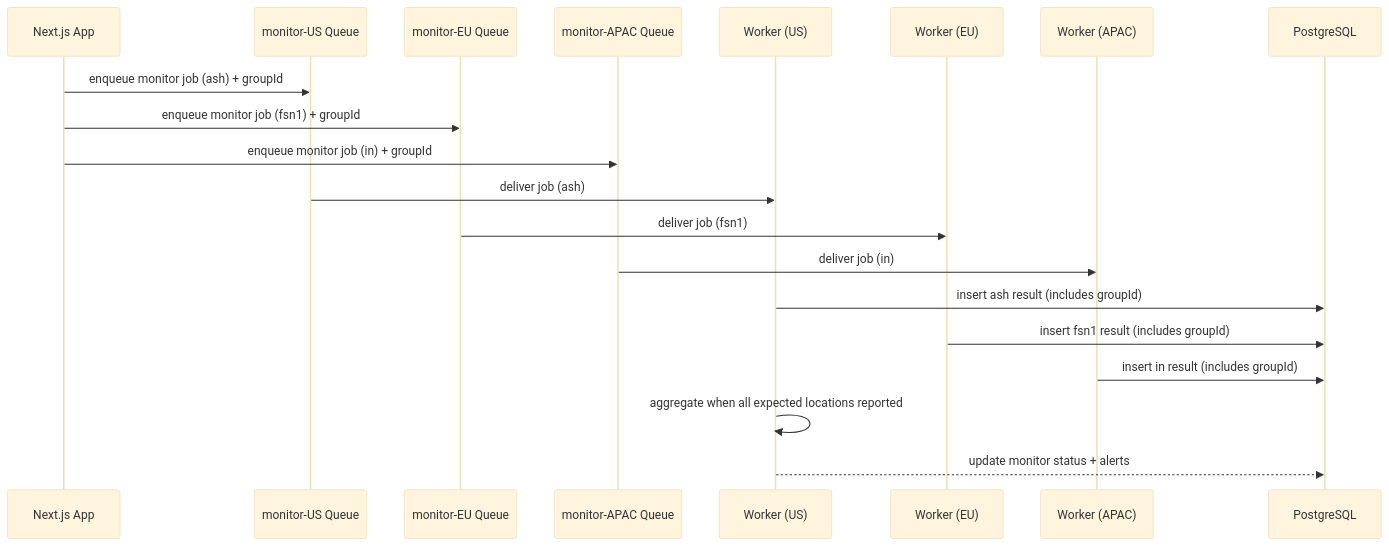
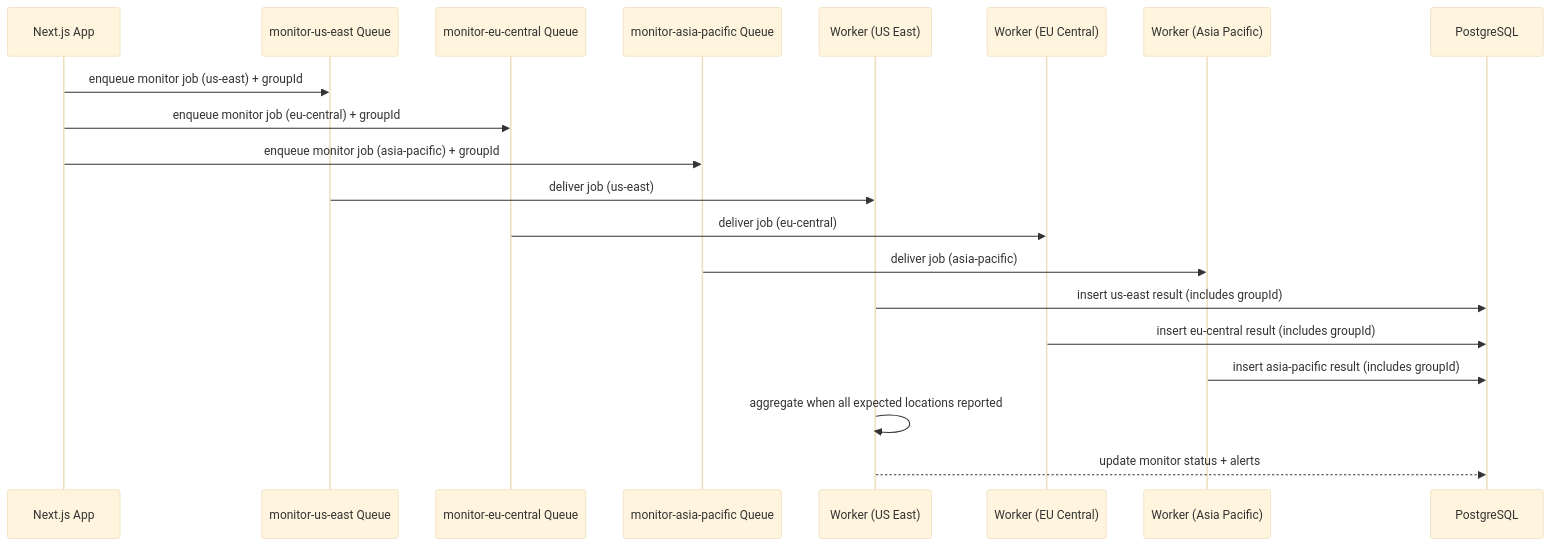
The second of 17 diagrams in specs/04-monitoring/MONITORING_SYSTEM.md (supercheck-io/supercheck), drawn with Mermaid (base theme) before and after one commit. The commit also changed other lines of this file and 47 other files, not shown here.

````diff
--- a/specs/04-monitoring/MONITORING_SYSTEM.md
+++ b/specs/04-monitoring/MONITORING_SYSTEM.md
@@ -159,26 +159,26 @@
 ```mermaid
 sequenceDiagram
     participant App as Next.js App
-    participant MQ_US as monitor-US Queue
-    participant MQ_EU as monitor-EU Queue
-    participant MQ_APAC as monitor-APAC Queue
-    participant W_US as Worker (US)
-    participant W_EU as Worker (EU)
-    participant W_APAC as Worker (APAC)
+    participant MQ_US as monitor-us-east Queue
+    participant MQ_EU as monitor-eu-central Queue
+    participant MQ_APAC as monitor-asia-pacific Queue
+    participant W_US as Worker (US East)
+    participant W_EU as Worker (EU Central)
+    participant W_APAC as Worker (Asia Pacific)
     participant DB as PostgreSQL
 
-    App->>MQ_US: enqueue monitor job (ash) + groupId
-    App->>MQ_EU: enqueue monitor job (fsn1) + groupId
-    App->>MQ_APAC: enqueue monitor job (in) + groupId
+    App->>MQ_US: enqueue monitor job (us-east) + groupId
+    App->>MQ_EU: enqueue monitor job (eu-central) + groupId
+    App->>MQ_APAC: enqueue monitor job (asia-pacific) + groupId
 
-    MQ_US->>W_US: deliver job (ash)
-    MQ_EU->>W_EU: deliver job (fsn1)
-    MQ_APAC->>W_APAC: deliver job (in)
+    MQ_US->>W_US: deliver job (us-east)
+    MQ_EU->>W_EU: deliver job (eu-central)
+    MQ_APAC->>W_APAC: deliver job (asia-pacific)
 
-    W_US->>DB: insert ash result (includes groupId)
-    W_EU->>DB: insert fsn1 result (includes groupId)
-    W_APAC->>DB: insert in result (includes groupId)
+    W_US->>DB: insert us-east result (includes groupId)
+    W_EU->>DB: insert eu-central result (includes groupId)
+    W_APAC->>DB: insert asia-pacific result (includes groupId)
 
     W_US->>W_US: aggregate when all expected locations reported
     W_US-->>DB: update monitor status + alerts
 ```
````
